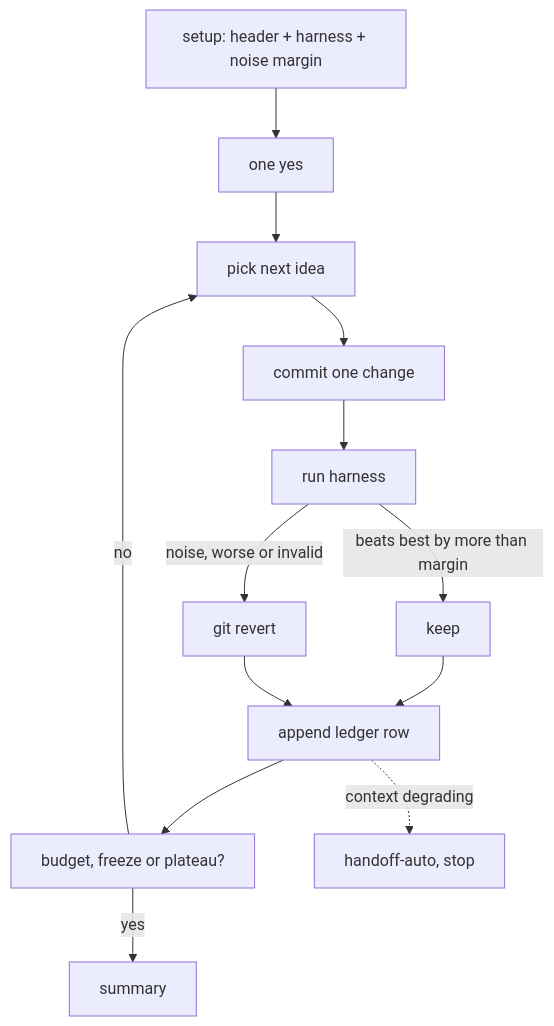
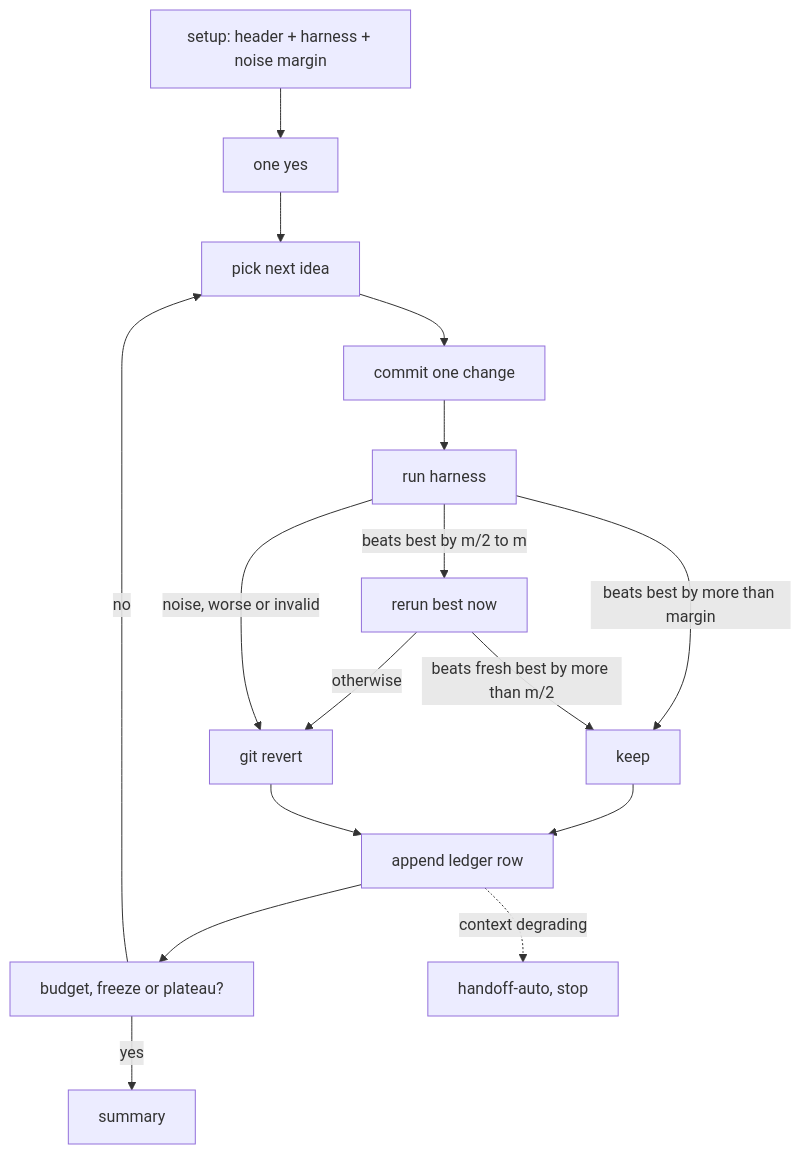
Before and after one commit to KrishP147/skills: the diagram in score-loop/README.md, drawn with Mermaid. The commit also changed other lines of this file, not shown here.

Commit message:
score-loop README: borderline rule, flow, tip, example (#152)

````diff
--- a/score-loop/README.md
+++ b/score-loop/README.md
@@ -43,15 +44,18 @@
 ```mermaid
 flowchart TD
   A[setup: header + harness + noise margin] --> B[one yes]
   B --> C[pick next idea]
   C --> D[commit one change]
   D --> E[run harness]
   E -->|beats best by more than margin| F[keep]
+  E -->|beats best by m/2 to m| R[rerun best now]
+  R -->|beats fresh best by more than m/2| F
+  R -->|otherwise| G
   E -->|noise, worse or invalid| G[git revert]
   F --> H[append ledger row]
   G --> H
   H --> I[budget, freeze or plateau?]
   I -->|no| C
   I -->|yes| J[summary]
   H -.->|context degrading| K[handoff-auto, stop]
 ```
````
